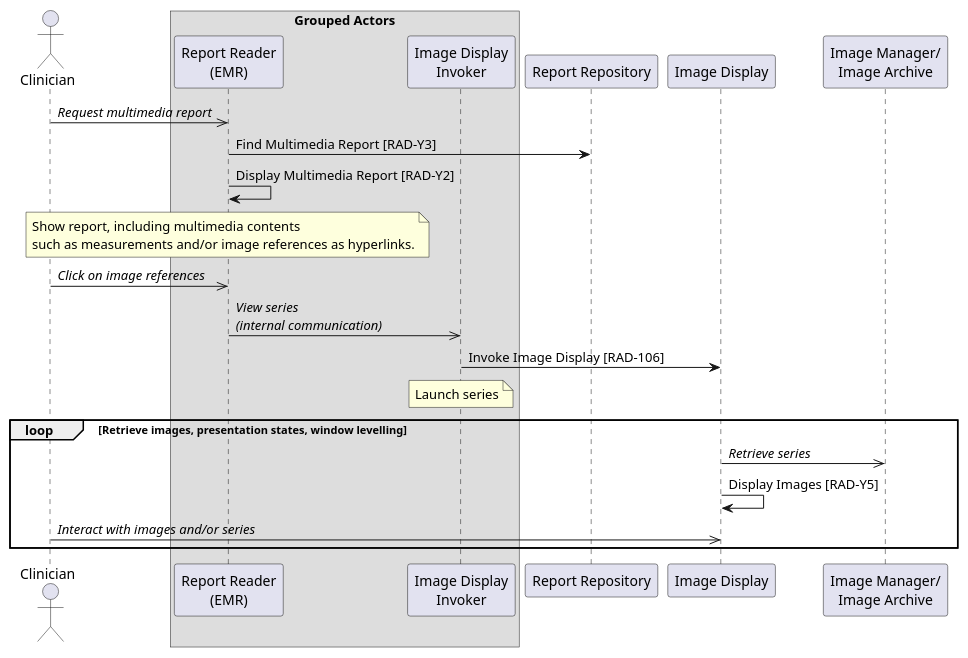
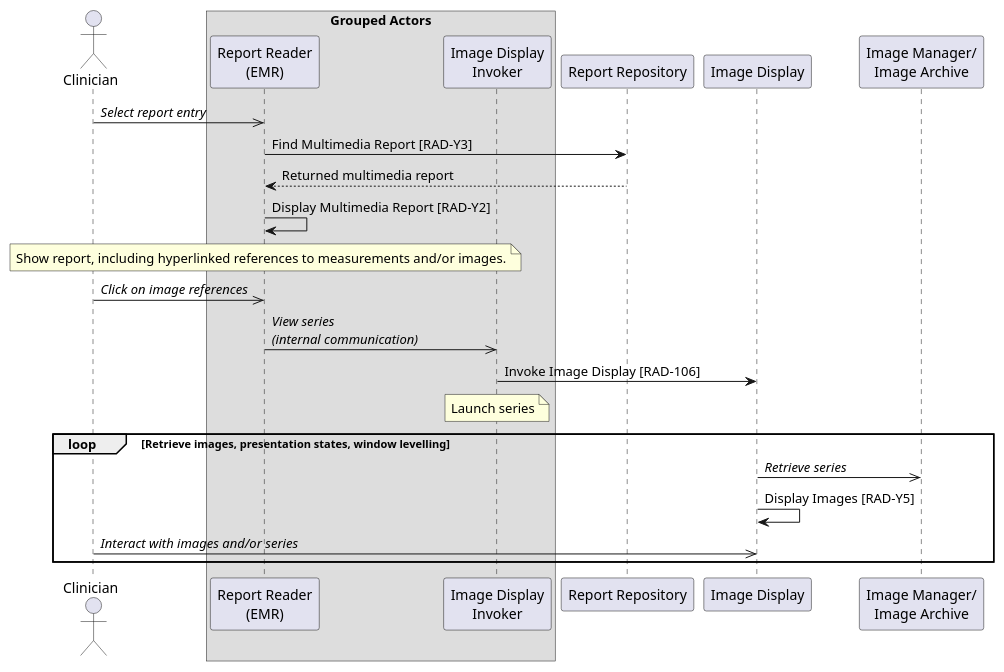
Before and after one commit to IHE/RAD.IMR: the diagram in input/images-source/uc4-presenting-interactive-report-EMR.plantuml, drawn with PlantUML. The commit also changed 4 other files, not shown here.

Commit message:
Updated diagrams based on public comments.

```diff
--- a/input/images-source/uc4-presenting-interactive-report-EMR.plantuml
+++ b/input/images-source/uc4-presenting-interactive-report-EMR.plantuml
@@ -1,38 +1,38 @@
 @startuml
 
 actor Clinician as Clinician
 
 box Grouped Actors
 participant "Report Reader\n(EMR)" as EMR
 participant "Image Display\nInvoker" as Invoker
 end box
 
 participant "Report Repository" as Repo
 
 participant "Image Display" as Display
 participant "Image Manager/\nImage Archive" as Archive
 
-Clinician->>EMR: //Request multimedia report//
+Clinician->>EMR: //Select report entry//
 
 EMR->Repo: Find Multimedia Report [RAD-Y3]
+Repo-->EMR: Returned multimedia report
 EMR->EMR: Display Multimedia Report [RAD-Y2]
 note over EMR
-Show report, including multimedia contents
-such as measurements and/or image references as hyperlinks.
+Show report, including hyperlinked references to measurements and/or images.
 end note
 
 Clinician->>EMR: //Click on image references//
 EMR->>Invoker: //View series//\n//(internal communication)//
 Invoker->Display: Invoke Image Display [RAD-106]
 note over Invoker
 Launch series
 end note
 
 loop Retrieve images, presentation states, window levelling
 Display->>Archive: //Retrieve series//
 Display->Display: Display Images [RAD-Y5]
 
 Clinician->>Display: //Interact with images and/or series//
 end loop
 
 @enduml
```
